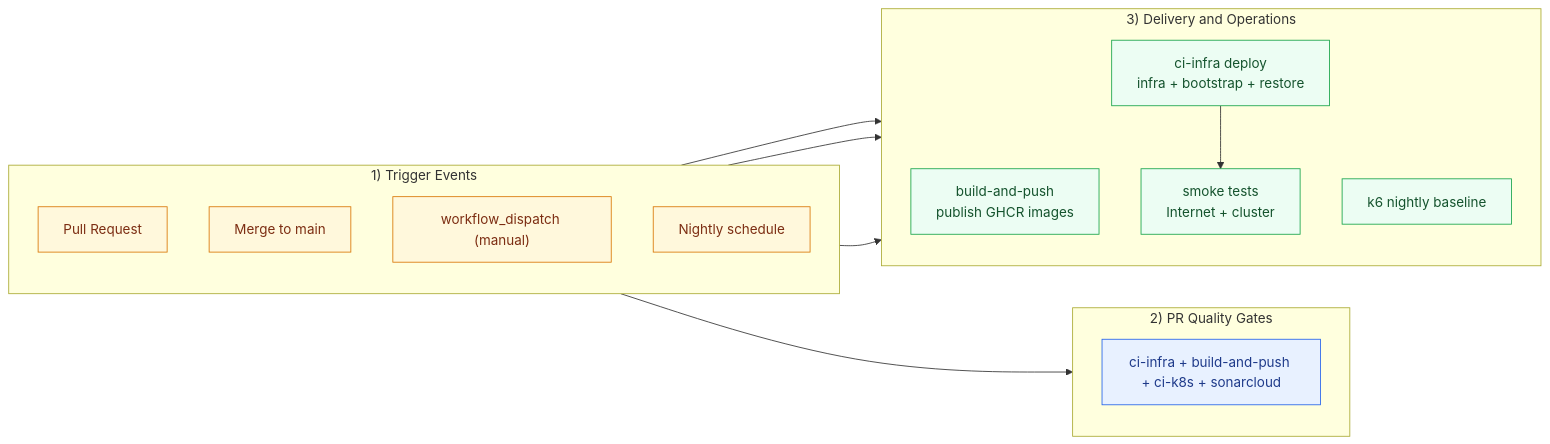
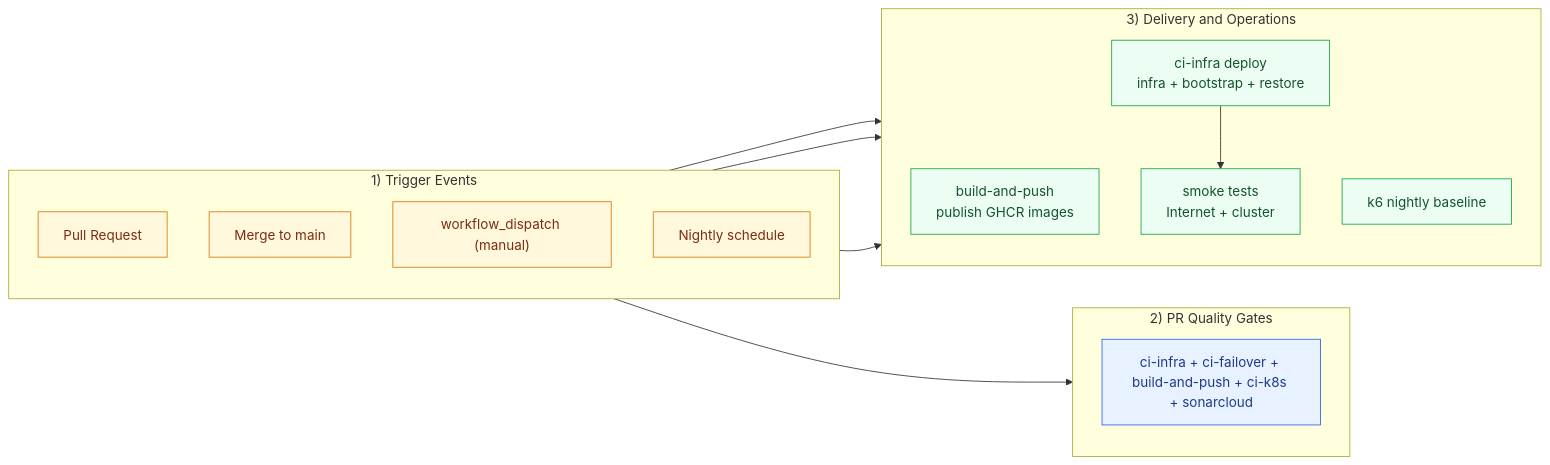
The second of 3 diagrams in README.md (ClementV78/CloudRadar), drawn with Mermaid before and after one commit. The commit also changed other lines of this file and 27 other files, not shown here.

First line of the commit message:
feat(infra): split offline failover from bootstrap

````diff
--- a/README.md
+++ b/README.md
@@ -213,35 +213,35 @@
 ```mermaid
 flowchart LR
   subgraph TRIG["1) Trigger Events"]
     direction TB
     PR["Pull Request"]
     MERGE["Merge to main"]
     MANUAL["workflow_dispatch (manual)"]
     NIGHTLY["Nightly schedule"]
   end
 
   subgraph GATES["2) PR Quality Gates"]
     direction TB
-    PR_CHECKS["ci-infra + build-and-push + ci-k8s + sonarcloud"]
+    PR_CHECKS["ci-infra + ci-failover + build-and-push + ci-k8s + sonarcloud"]
   end
 
   subgraph OPS["3) Delivery and Operations"]
     direction TB
     BUILD_PUSH["build-and-push<br/>publish GHCR images"]
     DEPLOY["ci-infra deploy<br/>infra + bootstrap + restore"]
     SMOKE["smoke tests<br/>Internet + cluster"]
     K6["k6 nightly baseline"]
   end
 
   PR --> PR_CHECKS
   MERGE --> BUILD_PUSH
   MANUAL --> DEPLOY --> SMOKE
   NIGHTLY --> K6
 
   classDef trigger fill:#fff8dc,stroke:#d97706,color:#7c2d12;
   classDef gates fill:#e8f1ff,stroke:#2563eb,color:#1e3a8a;
   classDef ops fill:#ecfdf3,stroke:#16a34a,color:#14532d;
   class PR,MERGE,MANUAL,NIGHTLY trigger;
   class PR_CHECKS gates;
   class BUILD_PUSH,DEPLOY,SMOKE,K6 ops;
 ```
````
